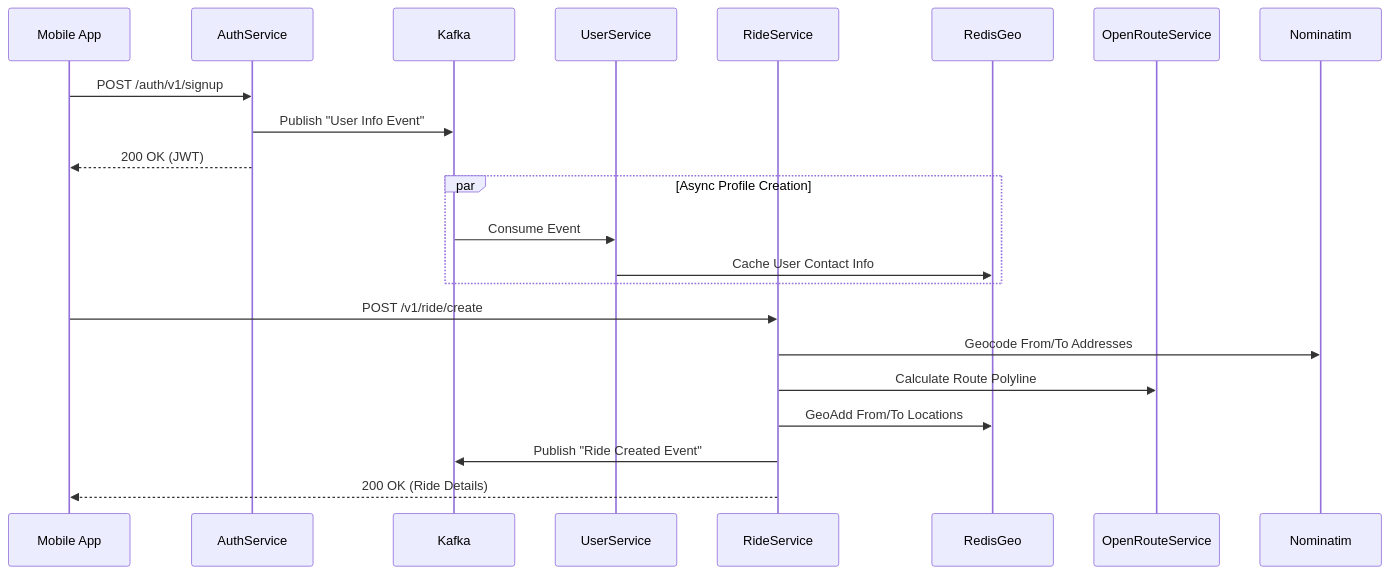
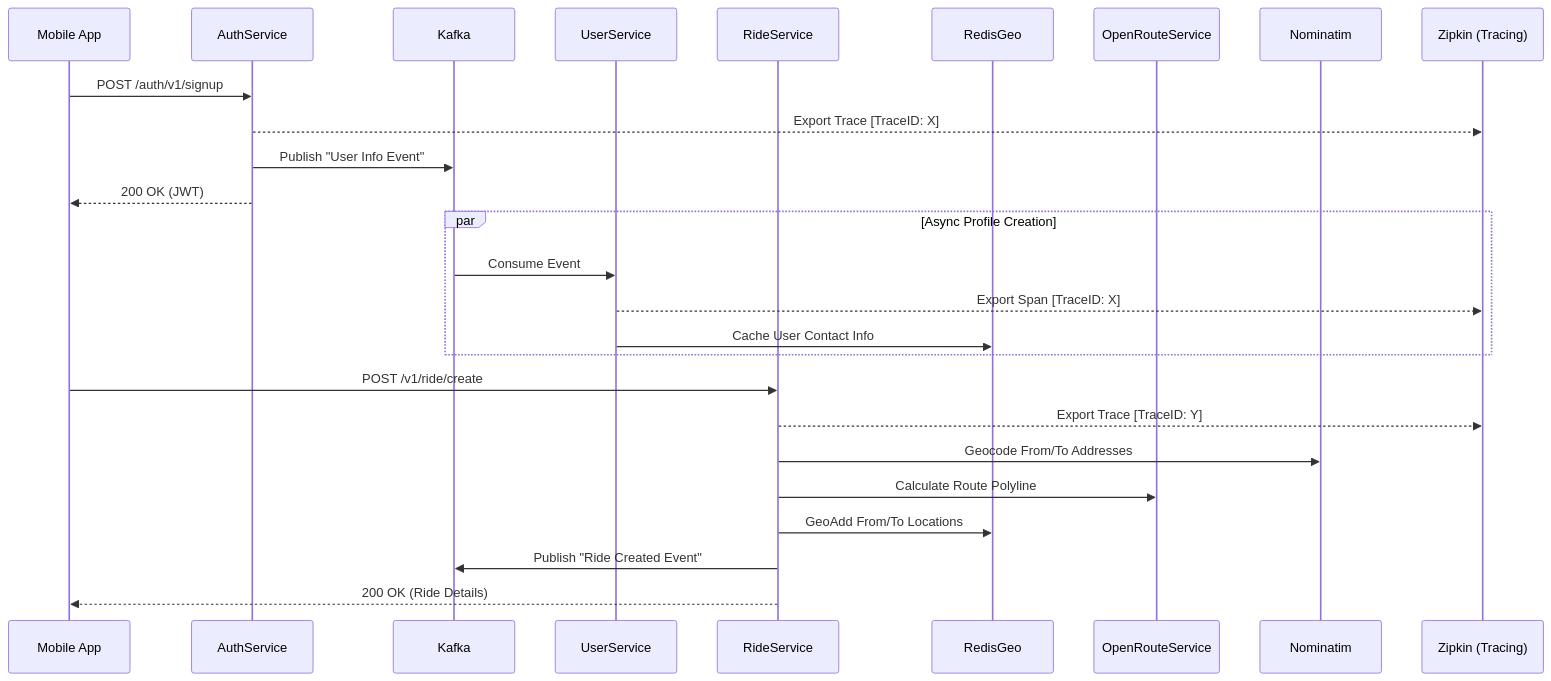
Before and after one commit to Arnav05-cyber/Cabit: the diagram in README.md, drawn with Mermaid. The commit also changed other lines of this file and 20 other files, not shown here.

First line of the commit message:
feat(tracing): Add Zipkin & Micrometer distributed tracing

````diff
--- a/README.md
+++ b/README.md
@@ -9,27 +9,31 @@
 ```mermaid
 sequenceDiagram
     participant App as Mobile App
     participant AuthService
     participant Kafka
     participant UserService
     participant RideService
     participant RedisGeo
     participant ORS as OpenRouteService
     participant Nom as Nominatim
+    participant Zipkin as Zipkin (Tracing)
 
     App->>AuthService: POST /auth/v1/signup
+    AuthService-->>Zipkin: Export Trace [TraceID: X]
     AuthService->>Kafka: Publish "User Info Event"
     AuthService-->>App: 200 OK (JWT)
 
     par Async Profile Creation
         Kafka->>UserService: Consume Event
+        UserService-->>Zipkin: Export Span [TraceID: X]
         UserService->>RedisGeo: Cache User Contact Info
     end
 
     App->>RideService: POST /v1/ride/create
+    RideService-->>Zipkin: Export Trace [TraceID: Y]
     RideService->>Nom: Geocode From/To Addresses
     RideService->>ORS: Calculate Route Polyline
     RideService->>RedisGeo: GeoAdd From/To Locations
     RideService->>Kafka: Publish "Ride Created Event"
     RideService-->>App: 200 OK (Ride Details)
 ```
````
